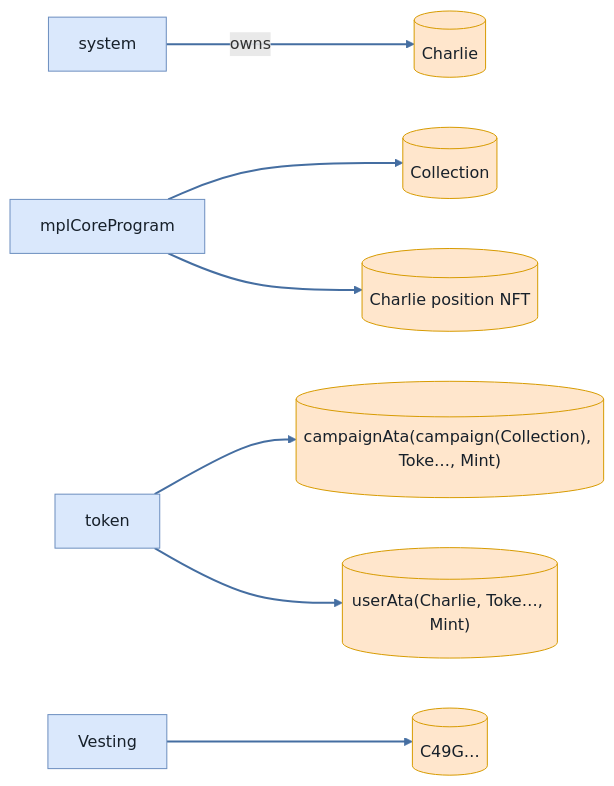
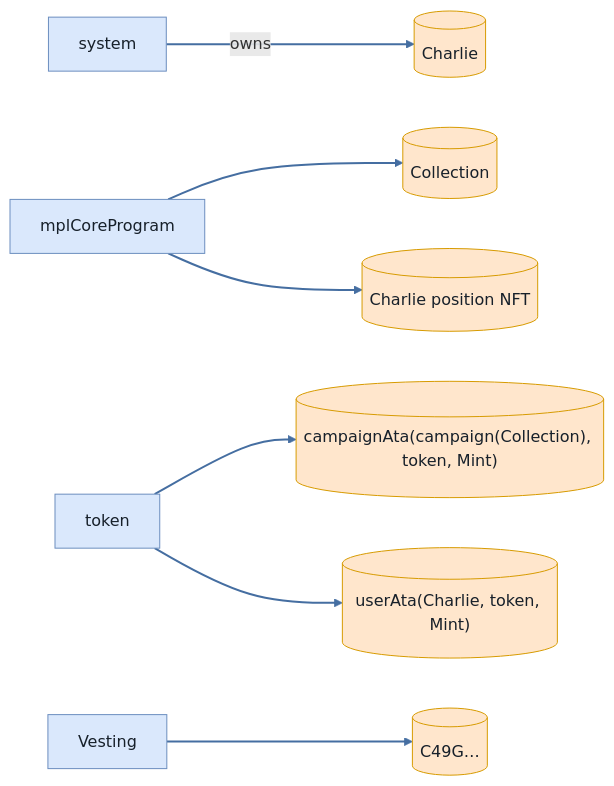
One commit to cds-turbin3/vesting-position changed diagram 27 of 36 in md-reports-babelfish/full_lifecycle.md. Above: the diagram before and after it, drawn with Mermaid. The commit also changed other lines of this file and 104 other files, not shown here.

````diff
--- a/md-reports-babelfish/full_lifecycle.md
+++ b/md-reports-babelfish/full_lifecycle.md
@@ -1140,23 +1140,23 @@
 ```mermaid
 flowchart LR
     system["system"]:::program
     Charlie[("Charlie")]:::state
     mplCoreProgram["mplCoreProgram"]:::program
     Collection[("Collection")]:::state
     token["token"]:::program
-    campaignAtacampaignCollectionTokeMint[("campaignAta(campaign(Collection), Toke…, Mint)")]:::state
-    userAtaCharlieTokeMint[("userAta(Charlie, Toke…, Mint)")]:::state
+    campaignAtacampaignCollectiontokenMint[("campaignAta(campaign(Collection), token, Mint)")]:::state
+    userAtaCharlietokenMint[("userAta(Charlie, token, Mint)")]:::state
     CharliepositionNFT[("Charlie position NFT")]:::state
     Vesting["Vesting"]:::program
     C49G[("C49G…")]:::state
     system -->|owns| Charlie
     mplCoreProgram --> Collection
-    token --> campaignAtacampaignCollectionTokeMint
-    token --> userAtaCharlieTokeMint
+    token --> campaignAtacampaignCollectiontokenMint
+    token --> userAtaCharlietokenMint
     mplCoreProgram --> CharliepositionNFT
     Vesting --> C49G
     classDef program fill:#dae8fc,stroke:#6c8ebf,color:#17202a;
     classDef signer fill:#d5e8d4,stroke:#82b366,color:#17202a;
     classDef state fill:#ffe6cc,stroke:#d79b00,color:#17202a;
     linkStyle 0,1,2,3,4,5 stroke:#456ea1,stroke-width:2px
 ```
````
